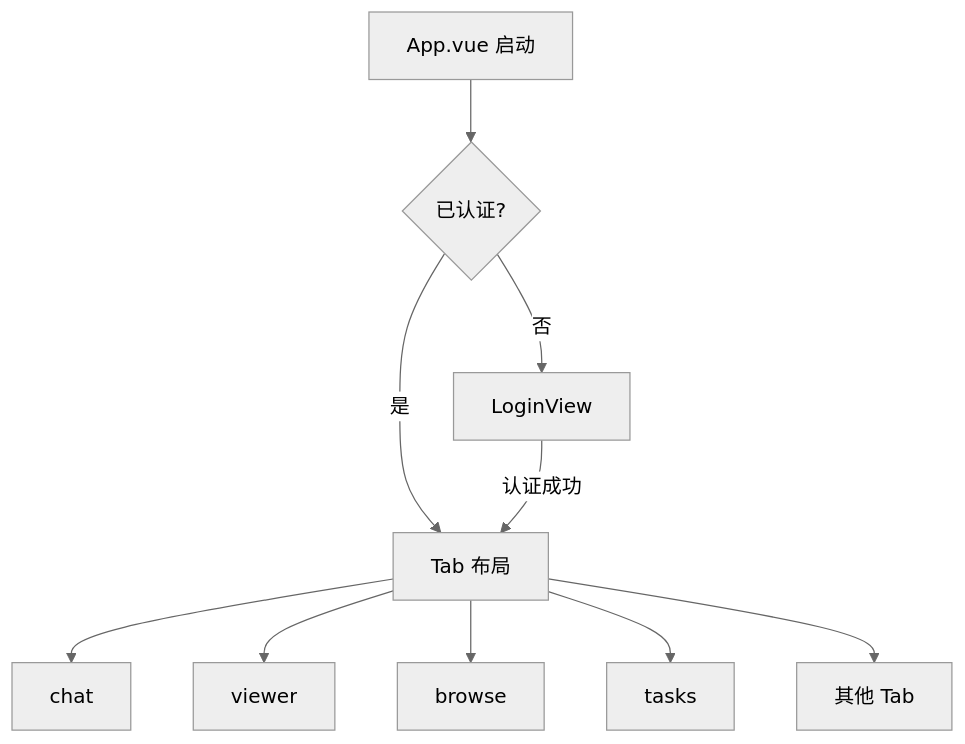
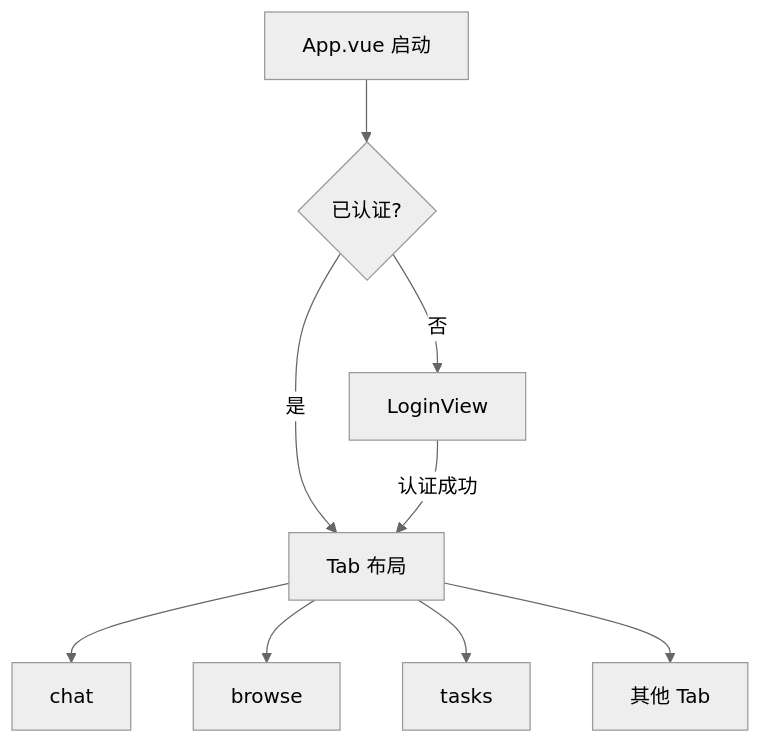
One commit to clawbench-dev/clawbench changed the first of 2 diagrams in docs/spec/client/frontend-architecture.md. Above: the diagram before and after it, drawn with Mermaid (neutral theme). The commit also changed other lines of this file and 12 other files, not shown here.

````diff
--- a/docs/spec/client/frontend-architecture.md
+++ b/docs/spec/client/frontend-architecture.md
@@ -9,13 +9,12 @@
 ```mermaid
 flowchart TD
     A[App.vue 启动] --> B{已认证?}
     B -->|否| C[LoginView]
     B -->|是| D[Tab 布局]
     D --> E[chat]
-    D --> F[viewer]
-    D --> G[browse]
-    D --> H[tasks]
-    D --> I[其他 Tab]
+    D --> F[browse]
+    D --> G[tasks]
+    D --> H[其他 Tab]
 
     C -->|认证成功| D
 ```
````
